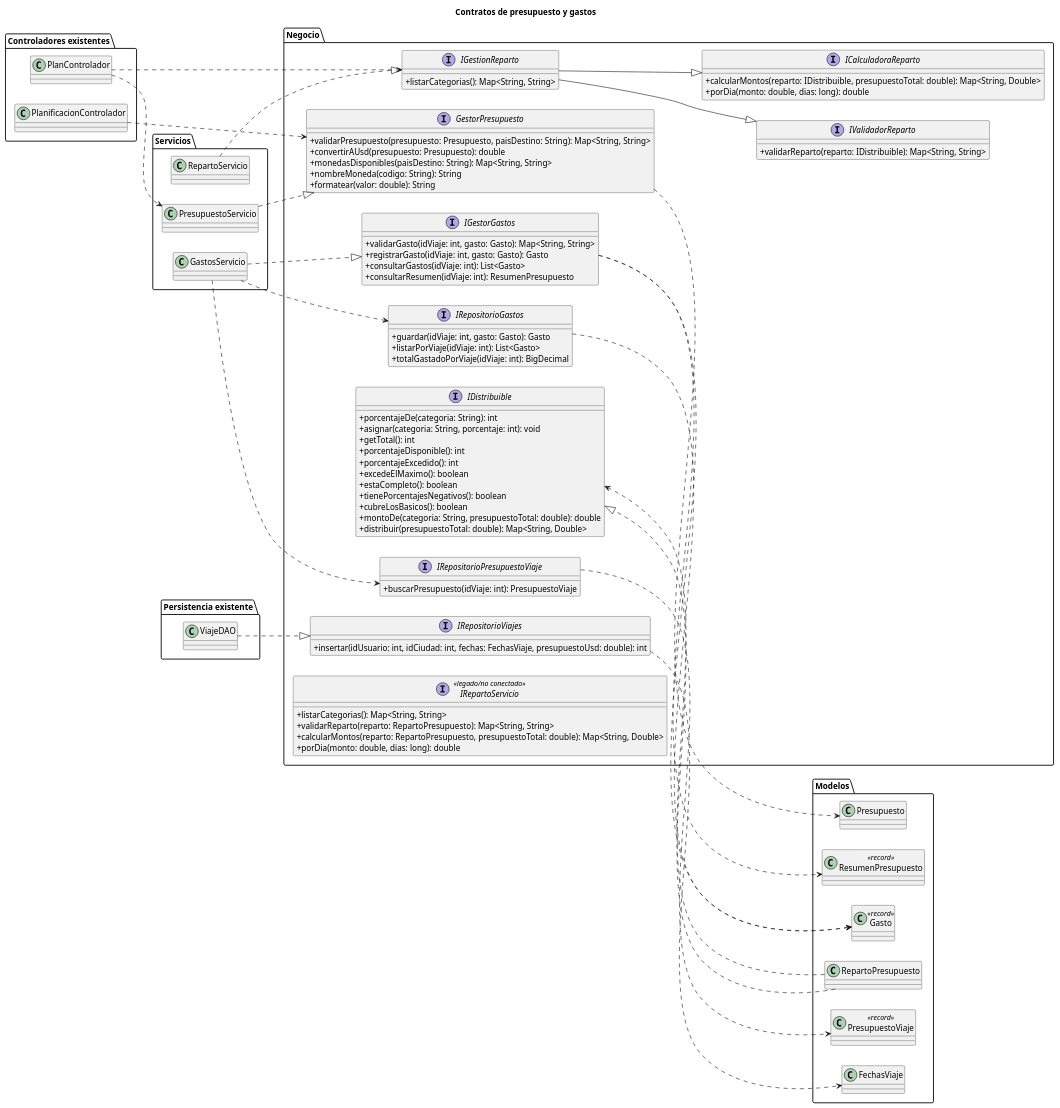
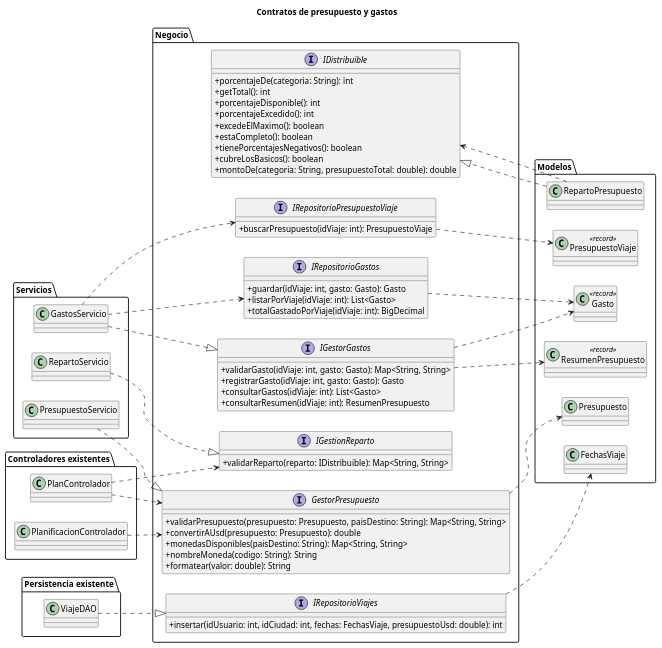
One commit to puj-course/FIS_2630_1204_G3 changed the diagram in docs/diagrama/DiagramaInterfaces - Presupuesto y Gastos.md. Above: the diagram before and after it, drawn with PlantUML. The commit also changed 34 other files, not shown here.

```diff
--- a/docs/diagrama/DiagramaInterfaces - Presupuesto y Gastos.md
+++ b/docs/diagrama/DiagramaInterfaces - Presupuesto y Gastos.md
@@ -35,7 +35,6 @@
 
     interface IDistribuible {
         +porcentajeDe(categoria: String): int
-        +asignar(categoria: String, porcentaje: int): void
         +getTotal(): int
         +porcentajeDisponible(): int
         +porcentajeExcedido(): int
@@ -44,27 +43,10 @@
         +tienePorcentajesNegativos(): boolean
         +cubreLosBasicos(): boolean
         +montoDe(categoria: String, presupuestoTotal: double): double
-        +distribuir(presupuestoTotal: double): Map<String, Double>
-    }
-
-    interface IValidadorReparto {
-        +validarReparto(reparto: IDistribuible): Map<String, String>
-    }
-
-    interface ICalculadoraReparto {
-        +calcularMontos(reparto: IDistribuible, presupuestoTotal: double): Map<String, Double>
-        +porDia(monto: double, dias: long): double
     }
 
     interface IGestionReparto {
-        +listarCategorias(): Map<String, String>
-    }
-
-    interface IRepartoServicio <<legado/no conectado>> {
-        +listarCategorias(): Map<String, String>
-        +validarReparto(reparto: RepartoPresupuesto): Map<String, String>
-        +calcularMontos(reparto: RepartoPresupuesto, presupuestoTotal: double): Map<String, Double>
-        +porDia(monto: double, dias: long): double
+        +validarReparto(reparto: IDistribuible): Map<String, String>
     }
 }
 
@@ -95,14 +77,12 @@
 PresupuestoServicio ..|> GestorPresupuesto
 GastosServicio ..|> IGestorGastos
 RepartoServicio ..|> IGestionReparto
-IGestionReparto --|> IValidadorReparto
-IGestionReparto --|> ICalculadoraReparto
 RepartoPresupuesto ..|> IDistribuible
 ViajeDAO ..|> IRepositorioViajes
 
 PlanificacionControlador ..> GestorPresupuesto
 PlanControlador ..> IGestionReparto
-PlanControlador ..> PresupuestoServicio
+PlanControlador ..> GestorPresupuesto
 GastosServicio ..> IRepositorioGastos
 GastosServicio ..> IRepositorioPresupuestoViaje
 
```
